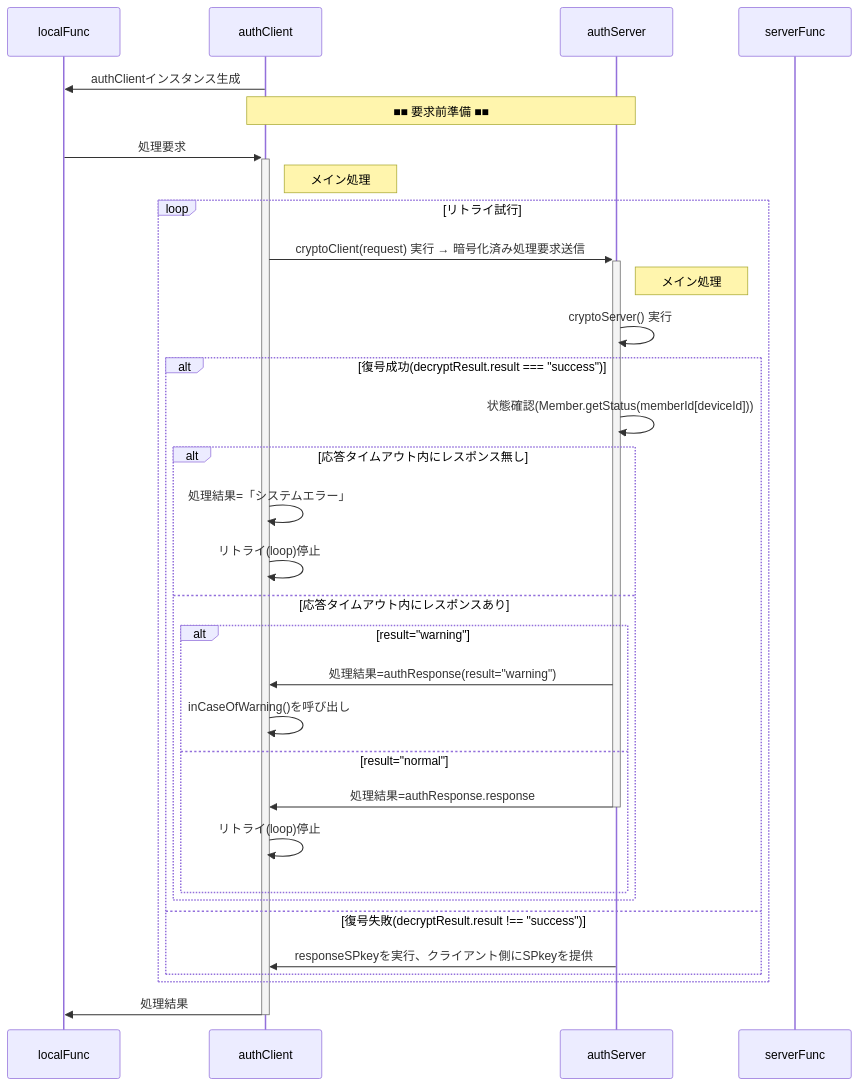
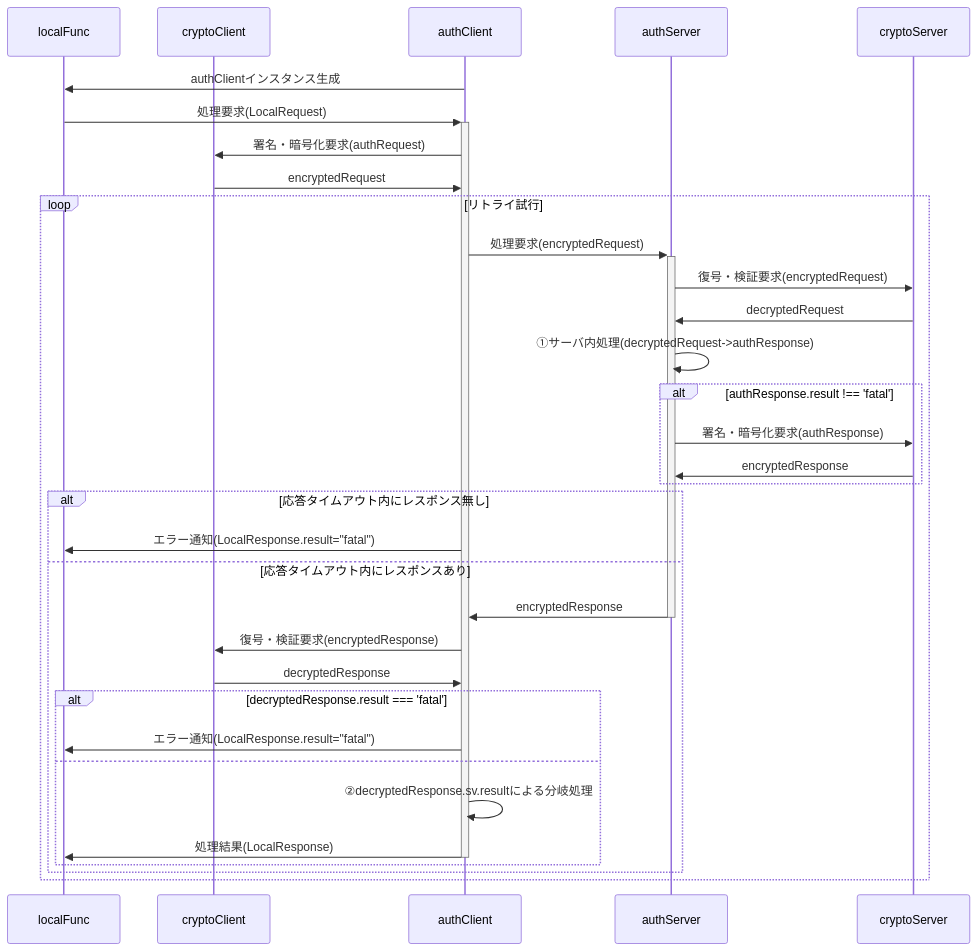
Before and after one commit to nakaone/library: the first of 4 diagrams in underDev/Auth/question.md, drawn with Mermaid. The commit also changed other lines of this file and 4 other files, not shown here.

````diff
--- a/underDev/Auth/question.md
+++ b/underDev/Auth/question.md
@@ -76,43 +71,46 @@
 ```mermaid
 sequenceDiagram
   %%actor user
   participant localFunc
   %%participant clientMail
-  %%participant cryptoClient
+  participant cryptoClient
   %%participant IndexedDB
   participant authClient
   participant authServer
   %%participant memberList
-  %%participant cryptoServer
-  participant serverFunc
+  participant cryptoServer
+  %%participant serverFunc
   %%actor admin
 
   authClient->>localFunc: authClientインスタンス生成
-  Note over authClient,authServer: ■■ 要求前準備 ■■
-  localFunc->>+authClient: 処理要求
-  Note right of authClient: メイン処理
+  localFunc->>+authClient: 処理要求(LocalRequest)
+  authClient->>cryptoClient: 署名・暗号化要求(authRequest)
+  cryptoClient->>authClient: encryptedRequest
 
   loop リトライ試行
-    authClient->>+authServer: cryptoClient(request) 実行 → 暗号化済み処理要求送信
-    Note right of authServer: メイン処理
-    authServer->>authServer: cryptoServer() 実行
-    alt 復号成功(decryptResult.result === "success")
-      authServer->>authServer: 状態確認(Member.getStatus(memberId[deviceId]))
-      alt 応答タイムアウト内にレスポンス無し
-        authClient->>authClient: 処理結果=「システムエラー」
-        authClient->>authClient: リトライ(loop)停止
-      else 応答タイムアウト内にレスポンスあり
-        alt result="warning"
-          authServer->>authClient: 処理結果=authResponse(result="warning")
-          authClient->>authClient: inCaseOfWarning()を呼び出し
-        else result="normal"
-          authServer->>-authClient: 処理結果=authResponse.response
-          authClient->>authClient: リトライ(loop)停止
-        end
+    authClient->>+authServer: 処理要求(encryptedRequest)
+    authServer->>cryptoServer: 復号・検証要求(encryptedRequest)
+    cryptoServer->>authServer: decryptedRequest
+    authServer->>authServer: ①サーバ内処理(decryptedRequest->authResponse)
+    alt authResponse.result !== 'fatal'
+      authServer->>cryptoServer: 署名・暗号化要求(authResponse)
+      cryptoServer->>authServer: encryptedResponse
+    end
+
+    alt 応答タイムアウト内にレスポンス無し
+      authClient->>localFunc: エラー通知(LocalResponse.result="fatal")
+    else 応答タイムアウト内にレスポンスあり
+      authServer->>-authClient: encryptedResponse
+
+      authClient->>cryptoClient: 復号・検証要求(encryptedResponse)
+      cryptoClient->>authClient: decryptedResponse
+
+      alt decryptedResponse.result === 'fatal'
+        authClient->>localFunc: エラー通知(LocalResponse.result="fatal")
+      else
+        authClient->>authClient: ②decryptedResponse.sv.resultによる分岐処理
+        authClient->>-localFunc: 処理結果(LocalResponse)
       end
-    else 復号失敗(decryptResult.result !== "success")
-      authServer->>authClient: responseSPkeyを実行、クライアント側にSPkeyを提供
     end
   end
-  authClient->>-localFunc: 処理結果
 ```
````
